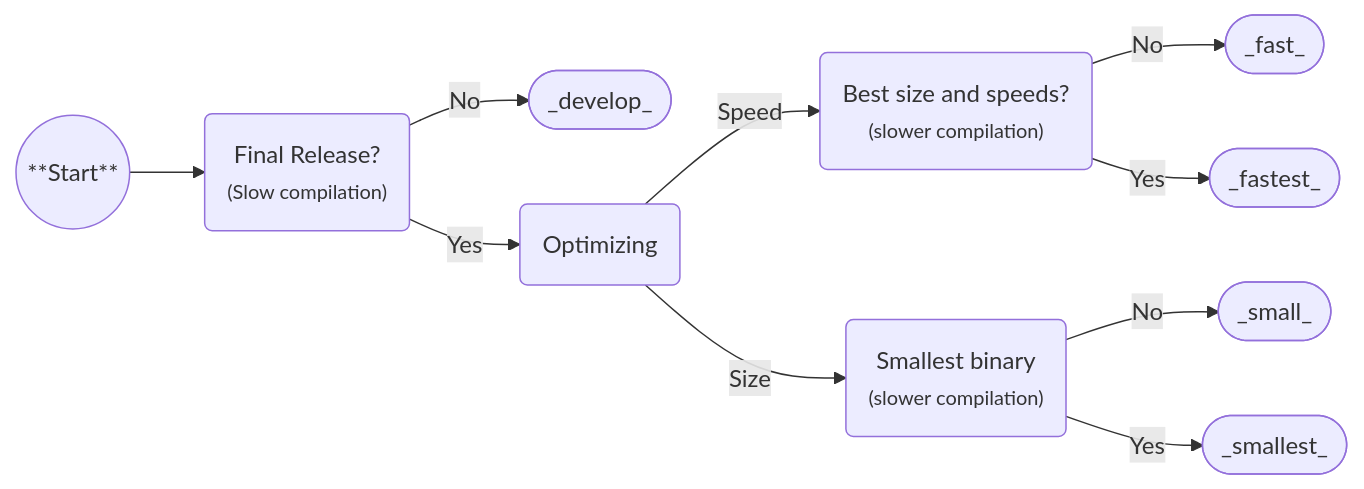
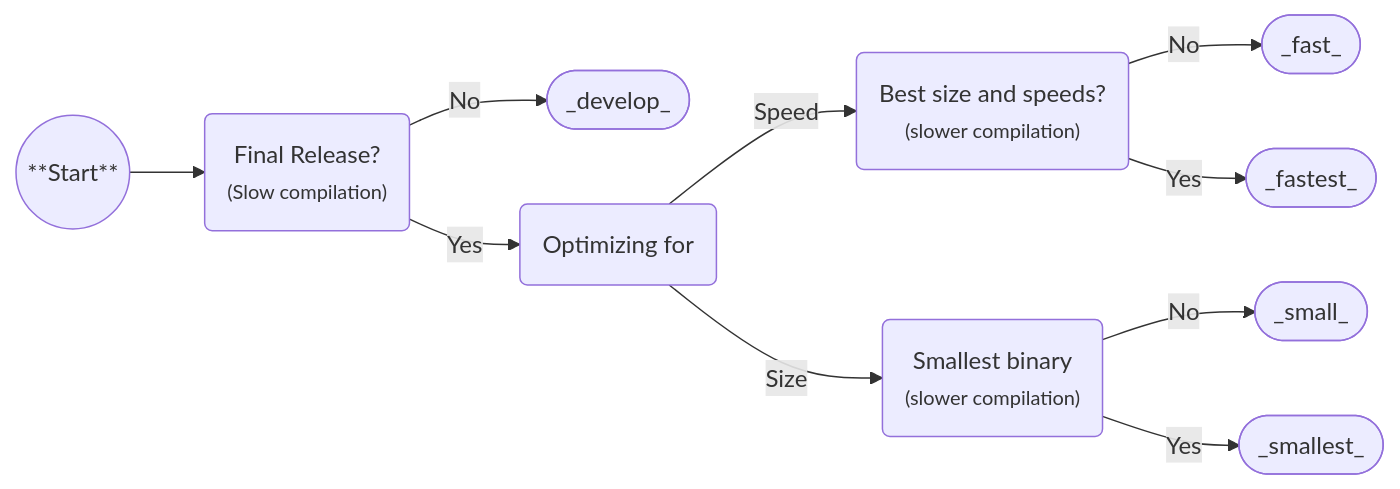
One commit to BrokenSource/Pyaket changed the diagram in website/docs/rust/profiles.md. Above: the diagram before and after it, drawn with Mermaid. The commit also changed other lines of this file and 24 other files, not shown here.

````diff
--- a/website/docs/rust/profiles.md
+++ b/website/docs/rust/profiles.md
@@ -11,21 +11,21 @@
 ```mermaid
 graph LR
     Start((**Start**)) --> Release("`
         Final Release?
         <small>(Slow compilation)</small>
     `")
     Release --> |No| UseDevelop([_develop_])
-    Release --> |Yes| Flavor(Optimizing)
+    Release --> |Yes| Flavor(Optimizing for)
     Flavor --> |Speed| Speed("`
         Best size and speeds?
         <small>(slower compilation)</small>
     `")
     Flavor --> |Size| Size("`
         Smallest binary
         <small>(slower compilation)</small>
     `")
     Speed --> |No| UseFast([_fast_])
     Speed --> |Yes| UseFastest([_fastest_])
     Size --> |No| UseSmall([_small_])
     Size --> |Yes| UseSmallest([_smallest_])
 ```
````
